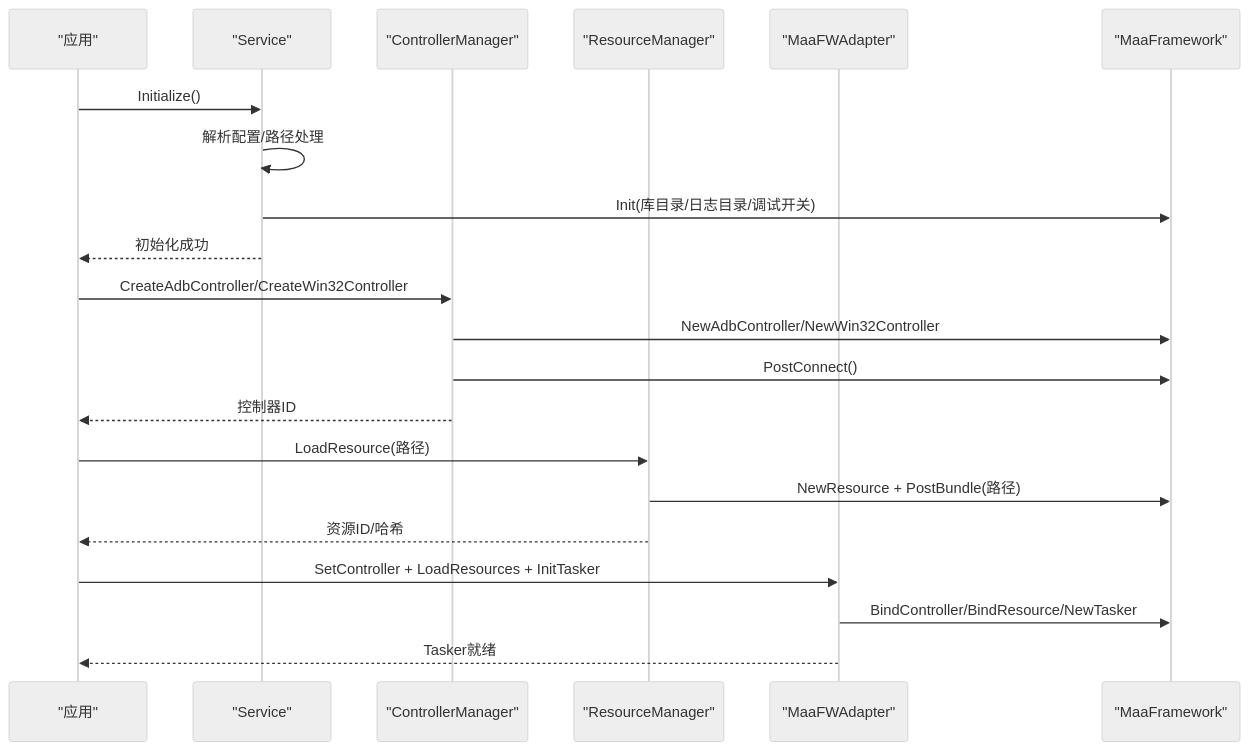
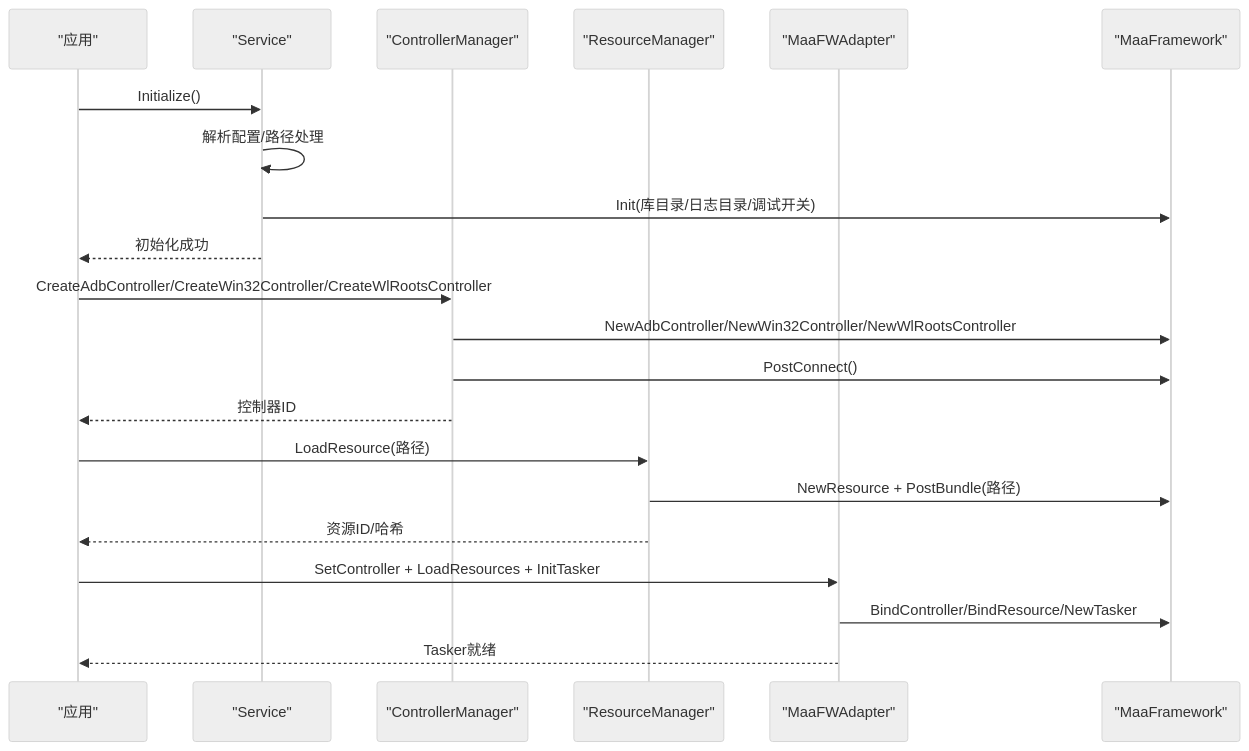
One commit to kqcoxn/MaaPipelineEditor changed the second of 7 diagrams in .qoder/repowiki/zh/content/本地服务集成/MaaFramework集成.md. Above: the diagram before and after it, drawn with Mermaid (neutral theme). The commit also changed other lines of this file and 17 other files, not shown here.

````diff
--- a/.qoder/repowiki/zh/content/本地服务集成/MaaFramework集成.md
+++ b/.qoder/repowiki/zh/content/本地服务集成/MaaFramework集成.md
@@ -118,23 +121,23 @@
 ```mermaid
 sequenceDiagram
 participant App as "应用"
 participant SVC as "Service"
 participant CM as "ControllerManager"
 participant RM as "ResourceManager"
 participant ADP as "MaaFWAdapter"
 participant FW as "MaaFramework"
 App->>SVC : Initialize()
 SVC->>SVC : 解析配置/路径处理
 SVC->>FW : Init(库目录/日志目录/调试开关)
 SVC-->>App : 初始化成功
-App->>CM : CreateAdbController/CreateWin32Controller
-CM->>FW : NewAdbController/NewWin32Controller
+App->>CM : CreateAdbController/CreateWin32Controller/CreateWlRootsController
+CM->>FW : NewAdbController/NewWin32Controller/NewWlRootsController
 CM->>FW : PostConnect()
 CM-->>App : 控制器ID
 App->>RM : LoadResource(路径)
 RM->>FW : NewResource + PostBundle(路径)
 RM-->>App : 资源ID/哈希
 App->>ADP : SetController + LoadResources + InitTasker
 ADP->>FW : BindController/BindResource/NewTasker
 ADP-->>App : Tasker就绪
 ```
````
